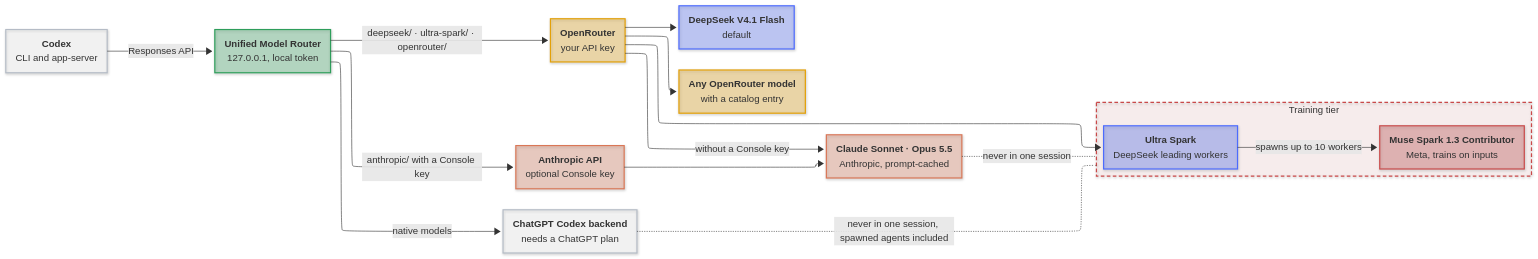
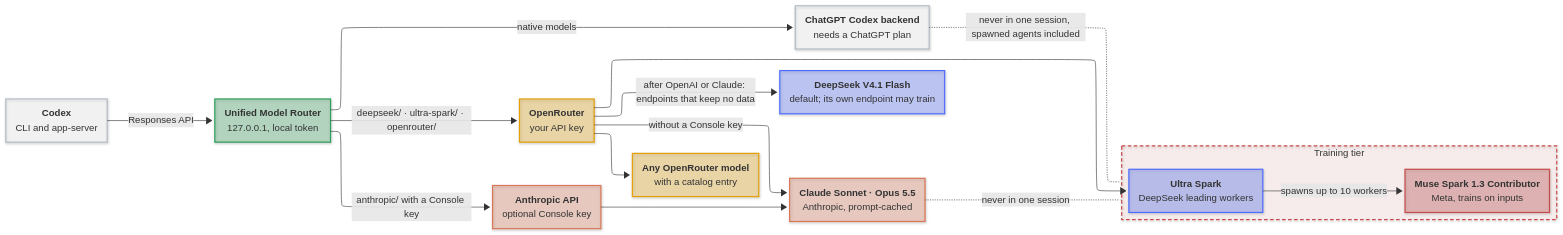
Before and after one commit to mirzahusadzic/codex-unified-model-router: the diagram in README.md, drawn with Mermaid. The commit also changed other lines of this file and 13 other files, not shown here.

First line of the commit message:
feat: keep protected sessions off endpoints that collect data

```diff
--- a/README.md
+++ b/README.md
@@ -73,7 +73,7 @@
     OR["<b>OpenRouter</b><br/>your API key"]
     AN["<b>Anthropic API</b><br/>optional Console key"]
     OA["<b>ChatGPT Codex backend</b><br/>needs a ChatGPT plan"]
-    DS["<b>DeepSeek V4.1 Flash</b><br/>default"]
+    DS["<b>DeepSeek V4.1 Flash</b><br/>default; its own endpoint may train"]
     CL["<b>Claude Sonnet · Opus 5.5</b><br/>Anthropic, prompt-cached"]
     AM["<b>Any OpenRouter model</b><br/>with a catalog entry"]
     subgraph TT["Training tier"]
@@ -85,7 +85,7 @@
     RT -->|"native models"| OA
     RT -->|"anthropic/ with a Console key"| AN
     AN --> CL
-    OR --> DS
+    OR -->|"after OpenAI or Claude: endpoints that keep no data"| DS
     OR -->|"without a Console key"| CL
     OR --> AM
     OR --> US
```
